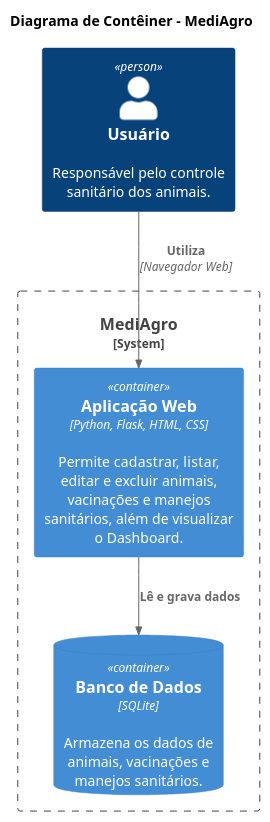
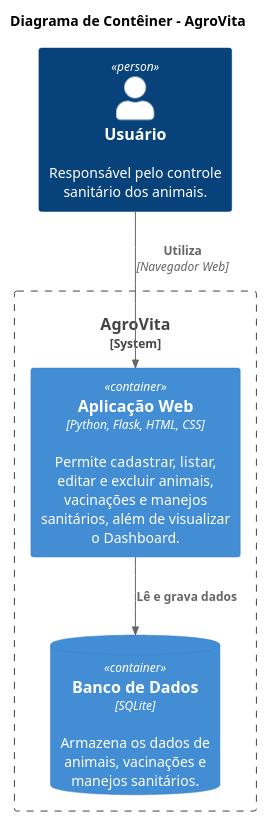
The diagram in diagrama_container.puml (laisy2k/agrovita), drawn with PlantUML before and after one commit. The commit also changed 9 other files, not shown here.

Commit message:
refactor: renomeia projeto para AgroVita

```diff
--- a/diagrama_container.puml
+++ b/diagrama_container.puml
@@ -1,18 +1,18 @@
 @startuml
 !includeurl https://raw.githubusercontent.com/plantuml-stdlib/C4-PlantUML/master/C4_Container.puml
 
-title Diagrama de Contêiner - MediAgro
+title Diagrama de Contêiner - AgroVita
 
 Person(usuario, "Usuário", "Responsável pelo controle sanitário dos animais.")
 
-System_Boundary(mediagro, "MediAgro") {
+System_Boundary(agrovita, "AgroVita") {
 
     Container(web, "Aplicação Web", "Python, Flask, HTML, CSS", "Permite cadastrar, listar, editar e excluir animais, vacinações e manejos sanitários, além de visualizar o Dashboard.")
 
     ContainerDb(banco, "Banco de Dados", "SQLite", "Armazena os dados de animais, vacinações e manejos sanitários.")
 }
 
 Rel(usuario, web, "Utiliza", "Navegador Web")
 Rel(web, banco, "Lê e grava dados")
 
 @enduml
```
